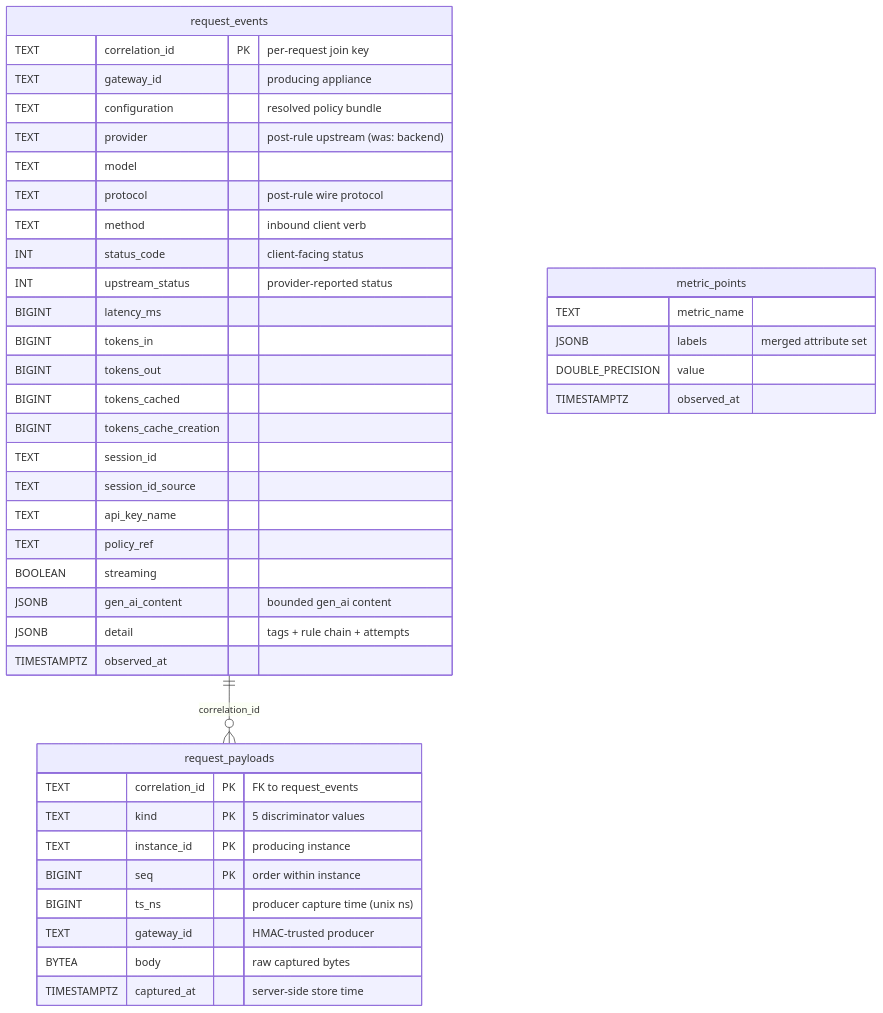
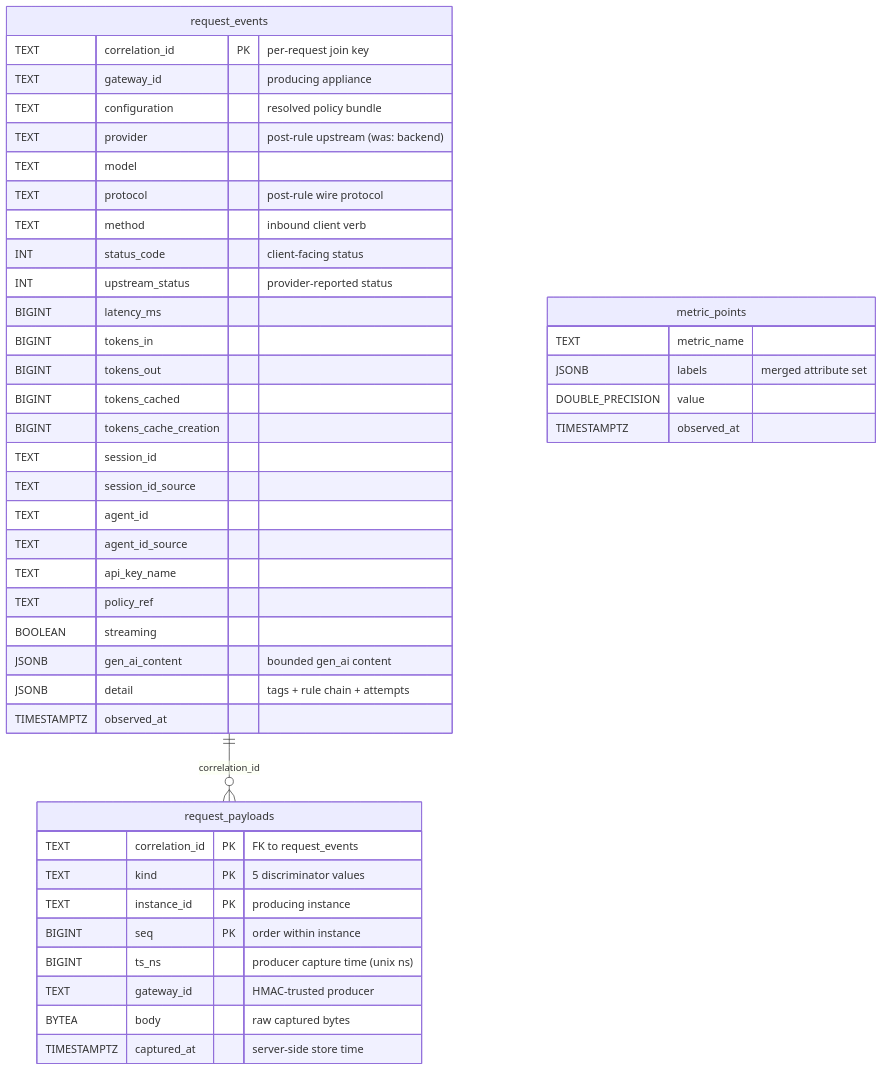
The first of 2 diagrams in docs/telemetry-database-schema.md (andyjmorgan/slipspace-gateway), drawn with Mermaid before and after one commit. The commit also changed other lines of this file and 39 other files, not shown here.

````diff
--- a/docs/telemetry-database-schema.md
+++ b/docs/telemetry-database-schema.md
@@ -36,44 +36,46 @@
 ```mermaid
 erDiagram
     request_events ||--o{ request_payloads : "correlation_id"
     request_events {
         TEXT        correlation_id PK "per-request join key"
         TEXT        gateway_id "producing appliance"
         TEXT        configuration "resolved policy bundle"
         TEXT        provider "post-rule upstream (was: backend)"
         TEXT        model
         TEXT        protocol "post-rule wire protocol"
         TEXT        method "inbound client verb"
         INT         status_code "client-facing status"
         INT         upstream_status "provider-reported status"
         BIGINT      latency_ms
         BIGINT      tokens_in
         BIGINT      tokens_out
         BIGINT      tokens_cached
         BIGINT      tokens_cache_creation
         TEXT        session_id
         TEXT        session_id_source
+        TEXT        agent_id
+        TEXT        agent_id_source
         TEXT        api_key_name
         TEXT        policy_ref
         BOOLEAN     streaming
         JSONB       gen_ai_content "bounded gen_ai content"
         JSONB       detail "tags + rule chain + attempts"
         TIMESTAMPTZ observed_at
     }
     request_payloads {
         TEXT        correlation_id PK "FK to request_events"
         TEXT        kind PK "5 discriminator values"
         TEXT        instance_id PK "producing instance"
         BIGINT      seq PK "order within instance"
         BIGINT      ts_ns "producer capture time (unix ns)"
         TEXT        gateway_id "HMAC-trusted producer"
         BYTEA       body "raw captured bytes"
         TIMESTAMPTZ captured_at "server-side store time"
     }
     metric_points {
         TEXT             metric_name
         JSONB            labels "merged attribute set"
         DOUBLE_PRECISION value
         TIMESTAMPTZ      observed_at
     }
 ```
````
